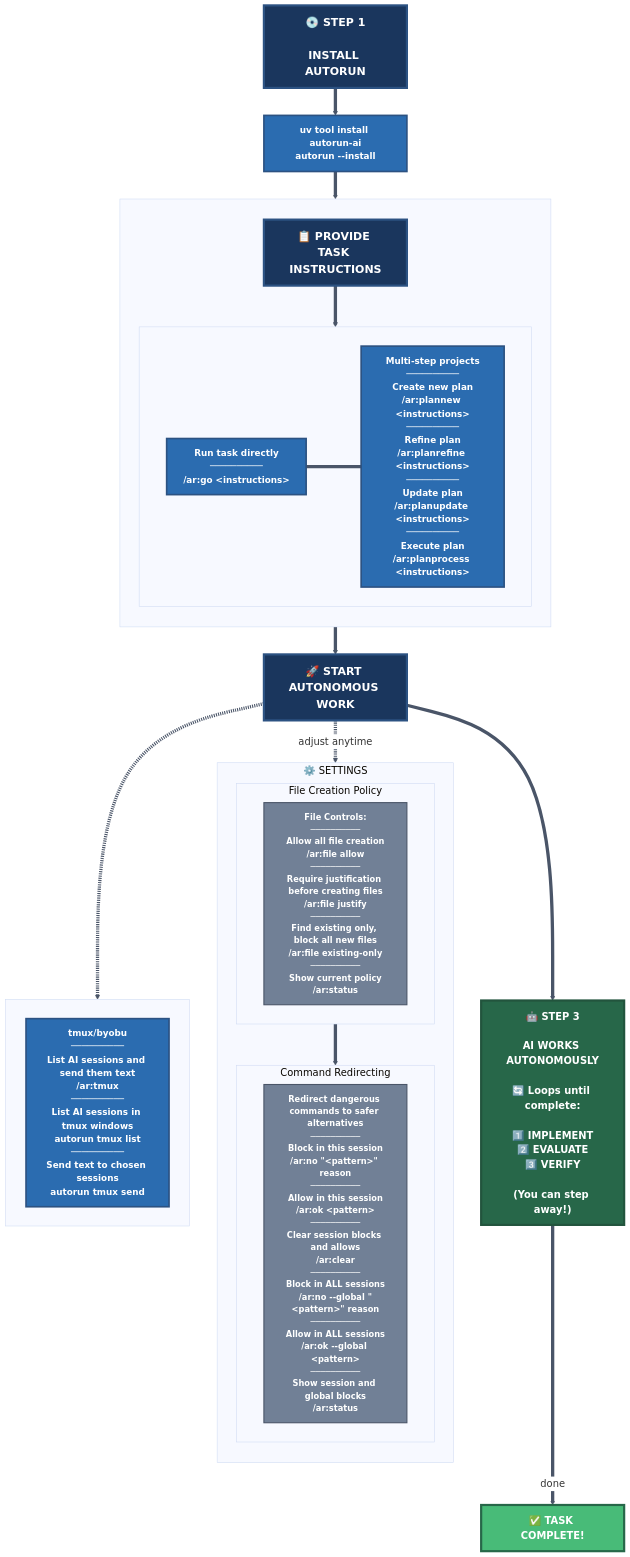
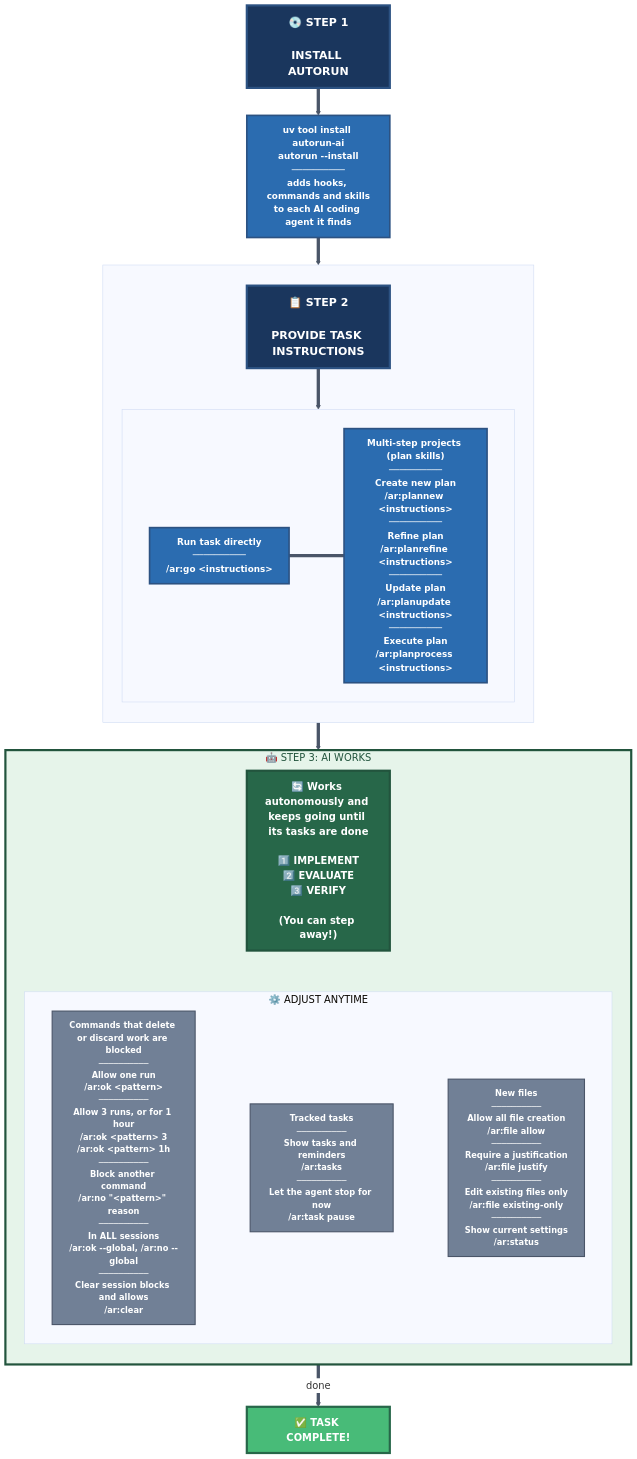
Before and after one commit to ahundt/autorun: the diagram in autorun-architecture.mmd, drawn with Mermaid. The commit also changed 15 other files, not shown here.

```diff
--- a/autorun-architecture.mmd
+++ b/autorun-architecture.mmd
@@ -1,91 +1,75 @@
 %% Regenerate SVG: npx @mermaid-js/mermaid-cli mmdc -i autorun-architecture.mmd -o autorun-architecture.svg
 %%{init: {'theme': 'base', 'themeVariables': { 'fontSize': '18px', 'fontFamily': 'Arial', 'maxTextWidth': 300, 'subgraphBkg': '#f7fafc', 'lineColor': '#4a5568', 'edgeLabelBackground': '#ffffff'}}}%%
 flowchart TD
     %% ========================================
     %%  STYLING
     %% ========================================
     classDef stepBox fill:#1a365d,stroke:#2c5282,stroke-width:4px,color:#fff,font-size:20px,font-weight:bold;
     classDef choiceBox fill:#2b6cb0,stroke:#2c5282,stroke-width:3px,color:#fff,font-size:16px,font-weight:bold;
     classDef aiBox fill:#276749,stroke:#22543d,stroke-width:4px,color:#fff,font-size:18px,font-weight:bold;
     classDef guardBox fill:#c53030,stroke:#742a2a,stroke-width:3px,color:#fff,font-size:14px,font-weight:bold;
     classDef safeBox fill:#ed8936,stroke:#c05621,stroke-width:3px,color:#fff,font-size:16px,font-weight:bold;
     classDef doneBox fill:#48bb78,stroke:#276749,stroke-width:4px,color:#fff,font-size:18px,font-weight:bold;
     classDef settingBox fill:#718096,stroke:#4a5568,stroke-width:2px,color:#fff,font-size:15px,font-weight:bold;
     classDef settingsPanel fill:#e2e8f0,stroke:#a0aec0,stroke-width:2px,color:#2d3748,font-size:15px,font-weight:bold;
 
     %% ========================================
     %%  STEP 1: INSTALL
     %% ========================================
     INSTALL["💿 STEP 1<br/><br/>INSTALL AUTORUN"]:::stepBox
-    INSTALL_CMD["uv tool install autorun-ai<br/>autorun --install"]:::choiceBox
-
-    %% ========================================
-    %%  SETTINGS PANEL (Always available)
-    %% ========================================
-    subgraph SETTINGS["⚙️ SETTINGS"]
-        direction TB
-
-        subgraph FILE_SET["File Creation Policy"]
-            F1["<b>File Controls:</b><br/>──────────<br/><b>Allow all file creation</b><br/>/ar:file allow<br/>──────────<br/><b>Require justification before creating files</b><br/>/ar:file justify<br/>──────────<br/><b>Find existing only, block all new files</b><br/>/ar:file existing-only<br/>──────────<br/><b>Show current policy</b><br/>/ar:status"]:::settingBox
-        end
-
-        FILE_SET --> BLOCK_SET
-
-        subgraph BLOCK_SET["Command Redirecting"]
-            direction LR
-            B1["<b>Redirect dangerous commands to safer alternatives</b><br/>──────────<br/><b>Block in this session</b><br/>/ar:no #quot;&lt;pattern&gt;#quot; reason<br/>──────────<br/><b>Allow in this session</b><br/>/ar:ok &lt;pattern&gt;<br/>──────────<br/><b>Clear session blocks and allows</b><br/>/ar:clear<br/>──────────<br/><b>Block in ALL sessions</b><br/>/ar:no --global #quot;&lt;pattern&gt;#quot; reason<br/>──────────<br/><b>Allow in ALL sessions</b><br/>/ar:ok --global &lt;pattern&gt;<br/>──────────<br/><b>Show session and global blocks</b><br/>/ar:status"]:::settingBox
-        end
-    end
+    INSTALL_CMD["uv tool install autorun-ai<br/>autorun --install<br/>──────────<br/>adds hooks, commands and skills<br/>to each AI coding agent it finds"]:::choiceBox
 
     %% ========================================
     %%  STEP 2: CHOOSE HOW AI WORKS
     %% ========================================
     subgraph WORKFLOW_OPTIONS[" "]
         direction TB
-        PROVIDE["📋 PROVIDE TASK INSTRUCTIONS"]:::stepBox
+        PROVIDE["📋 STEP 2<br/><br/>PROVIDE TASK INSTRUCTIONS"]:::stepBox
         subgraph WORKFLOW_CMDS[" "]
             direction LR
             W1["<b>Run task directly</b><br/>──────────<br/>/ar:go &lt;instructions&gt;"]:::choiceBox
 
-            W2["<b>Multi-step projects</b><br/>──────────<br/><b>Create new plan</b><br/>/ar:plannew &lt;instructions&gt;<br/>──────────<br/><b>Refine plan</b><br/>/ar:planrefine &lt;instructions&gt;<br/>──────────<br/><b>Update plan</b><br/>/ar:planupdate &lt;instructions&gt;<br/>──────────<br/><b>Execute plan</b><br/>/ar:planprocess &lt;instructions&gt;"]:::choiceBox
+            W2["<b>Multi-step projects (plan skills)</b><br/>──────────<br/><b>Create new plan</b><br/>/ar:plannew &lt;instructions&gt;<br/>──────────<br/><b>Refine plan</b><br/>/ar:planrefine &lt;instructions&gt;<br/>──────────<br/><b>Update plan</b><br/>/ar:planupdate &lt;instructions&gt;<br/>──────────<br/><b>Execute plan</b><br/>/ar:planprocess &lt;instructions&gt;"]:::choiceBox
 
             W1 --- W2
         end
         PROVIDE --> WORKFLOW_CMDS
     end
 
-    WORKFLOW["🚀 START AUTONOMOUS WORK"]:::stepBox
+    %% ========================================
+    %%  STEP 3: AI WORKS, WITH THE SETTINGS INSIDE IT
+    %% ========================================
+    subgraph AI_STEP["🤖 STEP 3: AI WORKS"]
+        direction TB
+        AI_ENGINE["🔄 Works autonomously and keeps going until its tasks are done<br/><br/>1️⃣ IMPLEMENT<br/>2️⃣ EVALUATE<br/>3️⃣ VERIFY<br/><br/>(You can step away!)"]:::aiBox
 
-    %% ========================================
-    %%  STEP 3: AI WORKS
-    %% ========================================
-    AI_ENGINE["🤖 STEP 3<br/><br/>AI WORKS AUTONOMOUSLY<br/><br/>🔄 Loops until complete:<br/><br/>1️⃣ IMPLEMENT<br/>2️⃣ EVALUATE<br/>3️⃣ VERIFY<br/><br/>(You can step away!)"]:::aiBox
+        subgraph SETTINGS["⚙️ ADJUST ANYTIME"]
+            direction LR
+            B1["<b>Commands that delete or discard work are blocked</b><br/>──────────<br/><b>Allow one run</b><br/>/ar:ok &lt;pattern&gt;<br/>──────────<br/><b>Allow 3 runs, or for 1 hour</b><br/>/ar:ok &lt;pattern&gt; 3<br/>/ar:ok &lt;pattern&gt; 1h<br/>──────────<br/><b>Block another command</b><br/>/ar:no #quot;&lt;pattern&gt;#quot; reason<br/>──────────<br/><b>In ALL sessions</b><br/>/ar:ok --global, /ar:no --global<br/>──────────<br/><b>Clear session blocks and allows</b><br/>/ar:clear"]:::settingBox
 
-    %% ========================================
-    %%  MONITOR & CONTROL (Optional)
-    %% ========================================
-    subgraph CONTROL_OPTIONS[" "]
-        direction LR
-        C1["<b>tmux/byobu</b><br/>──────────<br/><b>List AI sessions and send them text</b><br/>/ar:tmux<br/>──────────<br/><b>List AI sessions in tmux windows</b><br/>autorun tmux list<br/>──────────<br/><b>Send text to chosen sessions</b><br/>autorun tmux send"]:::choiceBox
+            T1["<b>Tracked tasks</b><br/>──────────<br/><b>Show tasks and reminders</b><br/>/ar:tasks<br/>──────────<br/><b>Let the agent stop for now</b><br/>/ar:task pause"]:::settingBox
+
+            B1 ~~~ T1 ~~~ F1
+            F1["<b>New files</b><br/>──────────<br/><b>Allow all file creation</b><br/>/ar:file allow<br/>──────────<br/><b>Require a justification</b><br/>/ar:file justify<br/>──────────<br/><b>Edit existing files only</b><br/>/ar:file existing-only<br/>──────────<br/><b>Show current settings</b><br/>/ar:status"]:::settingBox
+        end
+
+        AI_ENGINE ~~~ SETTINGS
     end
 
     %% ========================================
     %%  COMPLETE
     %% ========================================
     COMPLETE["✅ TASK COMPLETE!"]:::doneBox
 
     %% ========================================
     %%  FLOW
     %% ========================================
     INSTALL --> INSTALL_CMD
     INSTALL_CMD --> WORKFLOW_OPTIONS
+    WORKFLOW_OPTIONS --> AI_STEP
+    AI_STEP -->|"done"| COMPLETE
 
-    WORKFLOW_OPTIONS --> WORKFLOW
-    WORKFLOW --> AI_ENGINE
-    WORKFLOW -.->|"adjust anytime"| SETTINGS
-
-    WORKFLOW -.-> CONTROL_OPTIONS
-    AI_ENGINE -->|"done"| COMPLETE
+    style AI_STEP fill:#e6f4ea,stroke:#22543d,stroke-width:4px,color:#22543d
 
     %% Make all connector lines thicker
     linkStyle default stroke-width:6px
```
